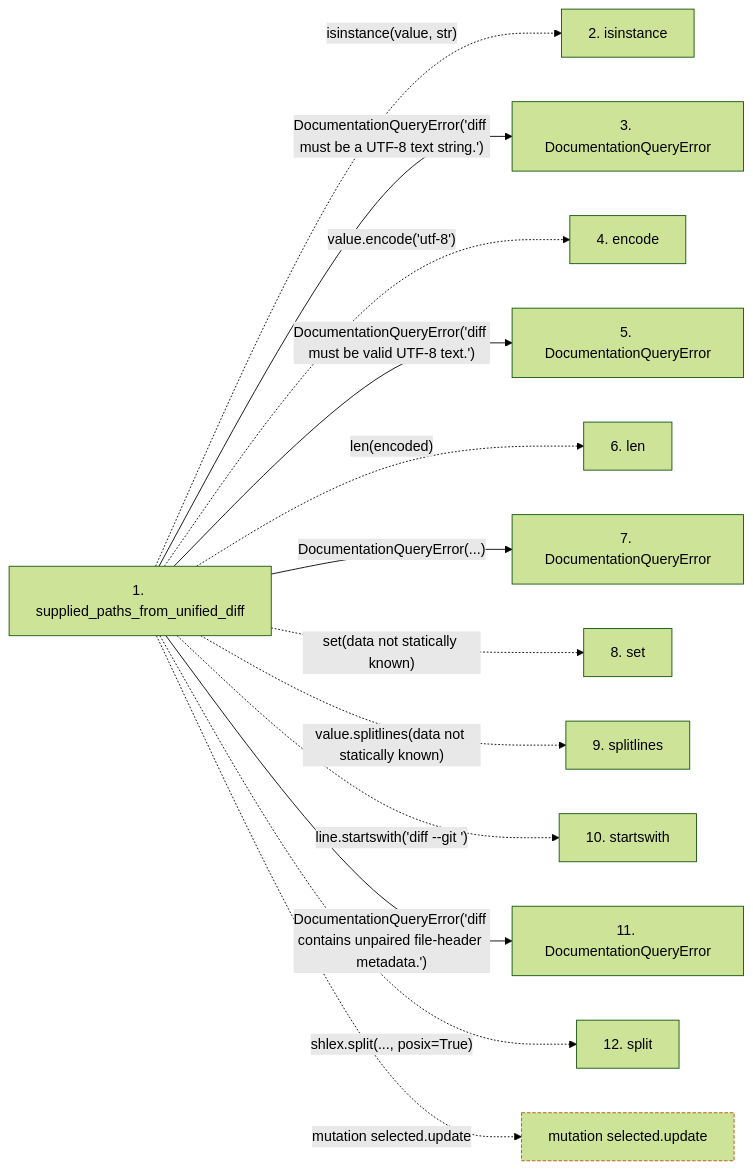
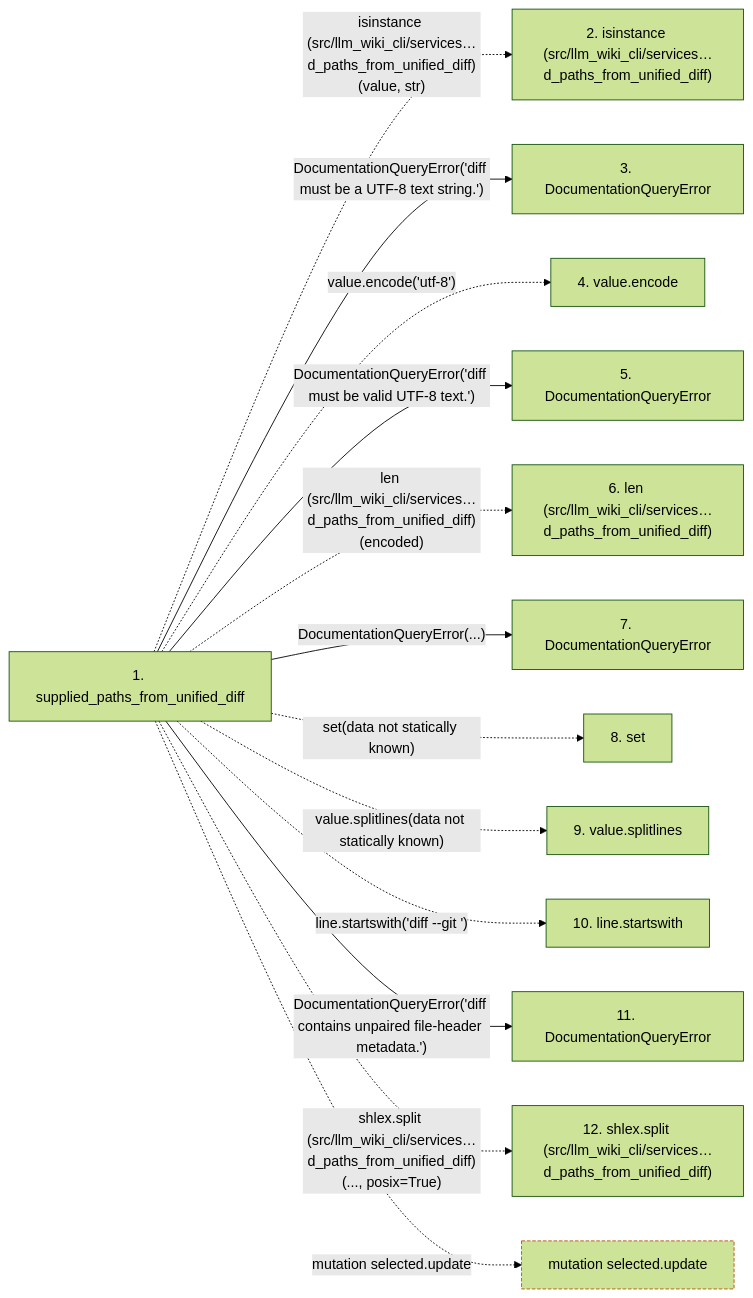
One commit to Denissvgn/python-wiki-llm changed the second of 2 diagrams in docs/llm_wiki/flows/api-supplied_paths_from_unified_diff.md. Above: the diagram before and after it, drawn with Mermaid (forest theme). The commit also changed other lines of this file and 719 other files, not shown here.

````diff
--- a/docs/llm_wiki/flows/api-supplied_paths_from_unified_diff.md
+++ b/docs/llm_wiki/flows/api-supplied_paths_from_unified_diff.md
@@ -64,35 +68,35 @@
 ```mermaid
 flowchart LR
     s1["1. supplied_paths_from_unified_diff"]
-    s2["2. isinstance"]
+    s2["2. isinstance (src/llm_wiki_cli/services…d_paths_from_unified_diff)"]
     s3["3. DocumentationQueryError"]
-    s4["4. encode"]
+    s4["4. value.encode"]
     s5["5. DocumentationQueryError"]
-    s6["6. len"]
+    s6["6. len (src/llm_wiki_cli/services…d_paths_from_unified_diff)"]
     s7["7. DocumentationQueryError"]
     s8["8. set"]
-    s9["9. splitlines"]
-    s10["10. startswith"]
+    s9["9. value.splitlines"]
+    s10["10. line.startswith"]
     s11["11. DocumentationQueryError"]
-    s12["12. split"]
-    s1 -. "isinstance(value, str)" .-> s2
+    s12["12. shlex.split (src/llm_wiki_cli/services…d_paths_from_unified_diff)"]
+    s1 -. "isinstance (src/llm_wiki_cli/services…d_paths_from_unified_diff)(value, str)" .-> s2
     s1 -->|"DocumentationQueryError('diff must be a UTF-8 text string.')"| s3
     s1 -. "value.encode('utf-8')" .-> s4
     s1 -->|"DocumentationQueryError('diff must be valid UTF-8 text.')"| s5
-    s1 -. "len(encoded)" .-> s6
+    s1 -. "len (src/llm_wiki_cli/services…d_paths_from_unified_diff)(encoded)" .-> s6
     s1 -->|"DocumentationQueryError(...)"| s7
     s1 -. "set(data not statically known)" .-> s8
     s1 -. "value.splitlines(data not statically known)" .-> s9
     s1 -. "line.startswith('diff --git ')" .-> s10
     s1 -->|"DocumentationQueryError('diff contains unpaired file-header metadata.')"| s11
-    s1 -. "shlex.split(..., posix=True)" .-> s12
+    s1 -. "shlex.split (src/llm_wiki_cli/services…d_paths_from_unified_diff)(..., posix=True)" .-> s12
     b0["mutation selected.update"]
     s1 -. "mutation selected.update" .-> b0
     click s1 "../modules/documentation_query_builder.md"
     click s3 "../modules/documentation_queries.md"
     click s5 "../modules/documentation_queries.md"
     click s7 "../modules/documentation_queries.md"
     click s11 "../modules/documentation_queries.md"
     classDef boundary stroke:#b45309,stroke-dasharray: 4 2
     class b0 boundary
 ```
````
